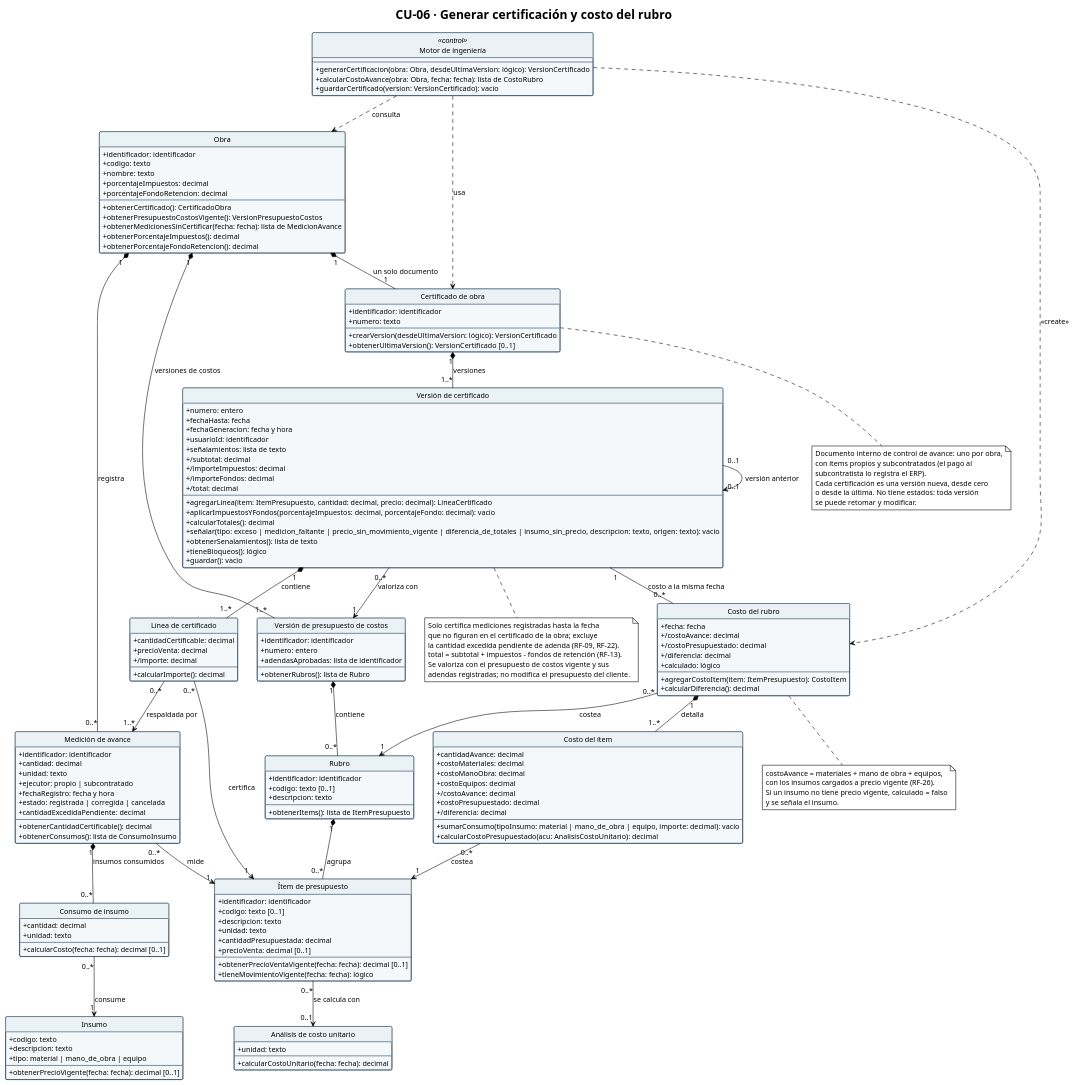
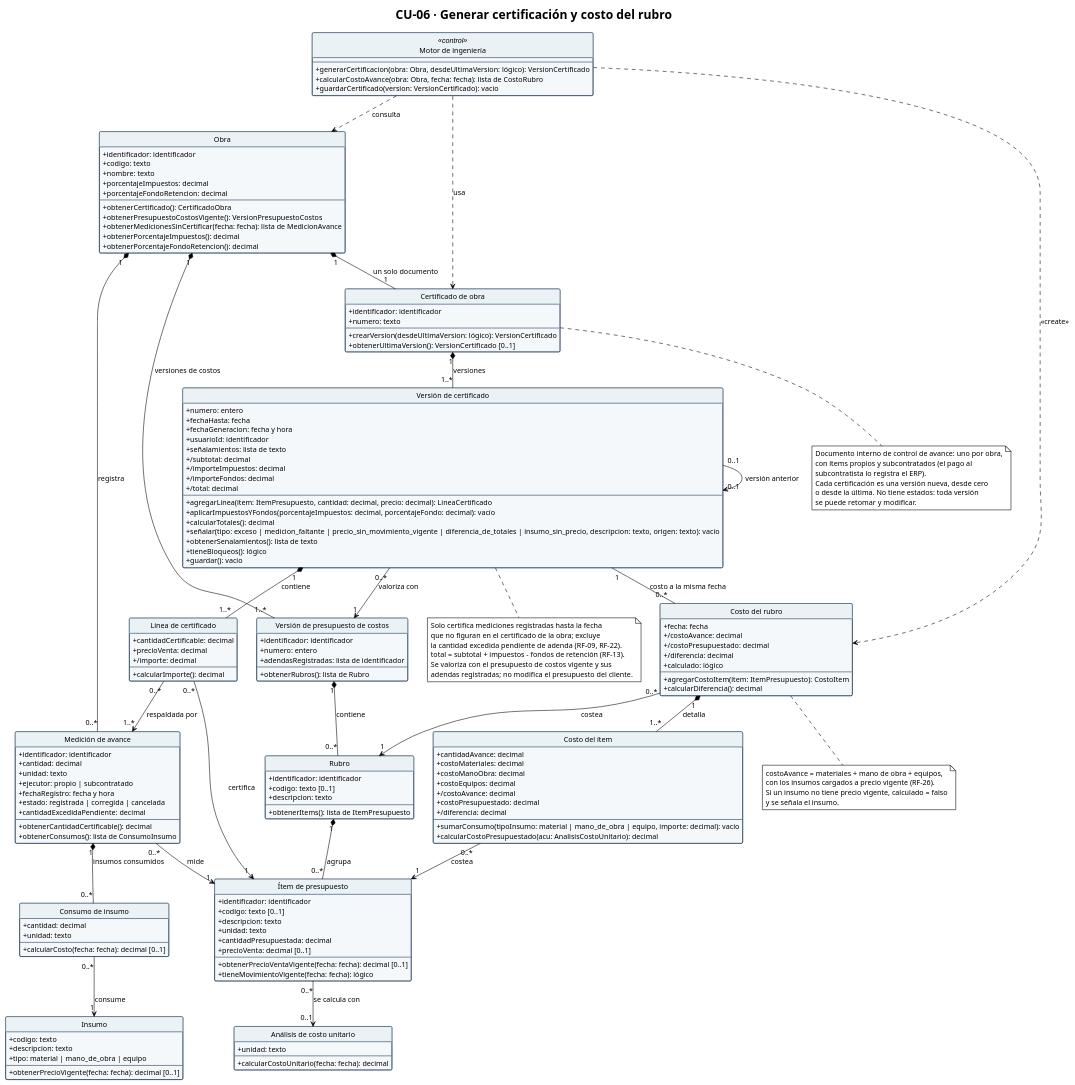
One commit to Ssrrb/tpf-uca changed the diagram in diagramas/CU-06-clases.puml. Above: the diagram before and after it, drawn with PlantUML.

Commit message:
CU-06: renombra adendasAprobadas a adendasRegistradas
Claude-Session: https://claude.ai/code/session_01DKWzWSJCUvJrASJnRH3Ur4

```diff
--- a/diagramas/CU-06-clases.puml
+++ b/diagramas/CU-06-clases.puml
@@ -40,7 +40,7 @@
 class "Versión de presupuesto de costos" as VersionPresupuestoCostos {
   + identificador: identificador
   + numero: entero
-  + adendasAprobadas: lista de identificador
+  + adendasRegistradas: lista de identificador
   --
   + obtenerRubros(): lista de Rubro
 }
```
